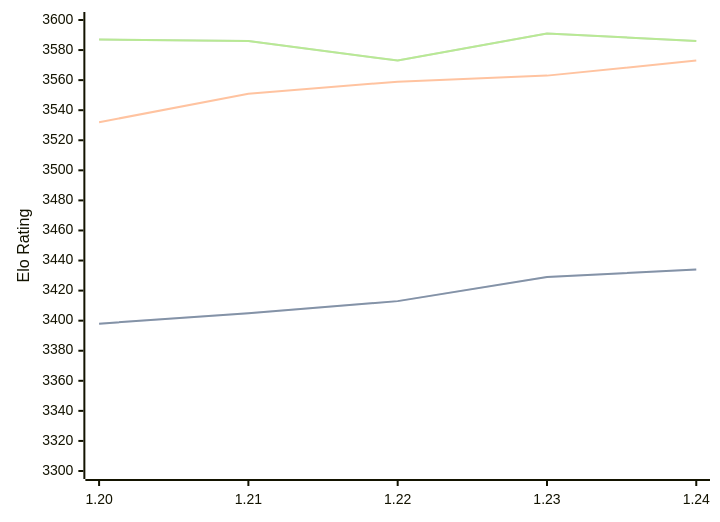
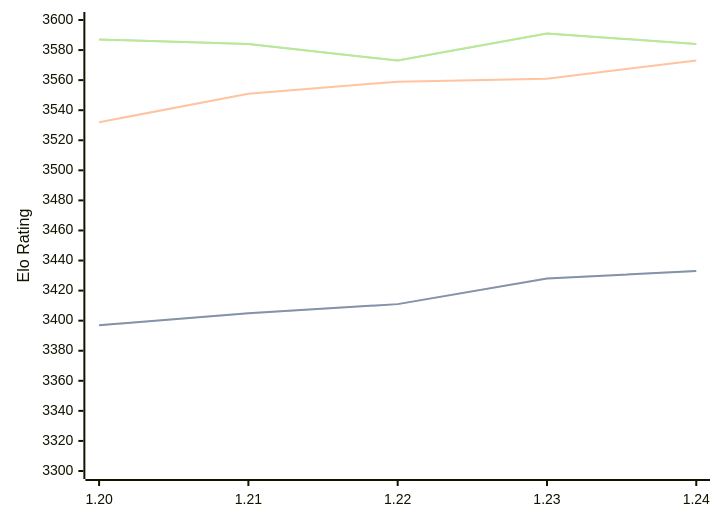
One commit to computer-chess-index/cci changed the diagram in engines/Caissa.md. Above: the diagram before and after it, drawn with Mermaid. The commit also changed other lines of this file, not shown here.

Commit message:
Update CCI Ratings (ELO VLTC) - 2026-03-07

````diff
--- a/engines/Caissa.md
+++ b/engines/Caissa.md
@@ -62,11 +62,11 @@
 ```mermaid
 %%{init: {"theme":"base","themeVariables":{"seriesColors:['#a3a3a3','#222221','#faa371']}}}%%
 xychart-beta
   x-axis ["1.20", "1.21", "1.22", "1.23", "1.24"]
   y-axis "Elo Rating" 3300 --> 3600
-  line "STC (8.0+0.08s)" [3398, 3405, 3413, 3429, 3434]
-  line "STC (8.0+0.08s)" [3398, 3405, 3413, 3429, 3434]
-  line "LTC (60.0+0.60s)" [3532, 3551, 3559, 3563, 3573]
-  line "VLTC (2m24s+1.12s)" [3587, 3586, 3573, 3591, 3586]
-  line "VLTC (2m24s+1.12s)" [3587, 3586, 3573, 3591, 3586]
+  line "STC (8.0+0.08s)" [3397, 3405, 3411, 3428, 3433]
+  line "STC (8.0+0.08s)" [3397, 3405, 3411, 3428, 3433]
+  line "LTC (60.0+0.60s)" [3532, 3551, 3559, 3561, 3573]
+  line "VLTC (2m24s+1.12s)" [3587, 3584, 3573, 3591, 3584]
+  line "VLTC (2m24s+1.12s)" [3587, 3584, 3573, 3591, 3584]
 ```
````
